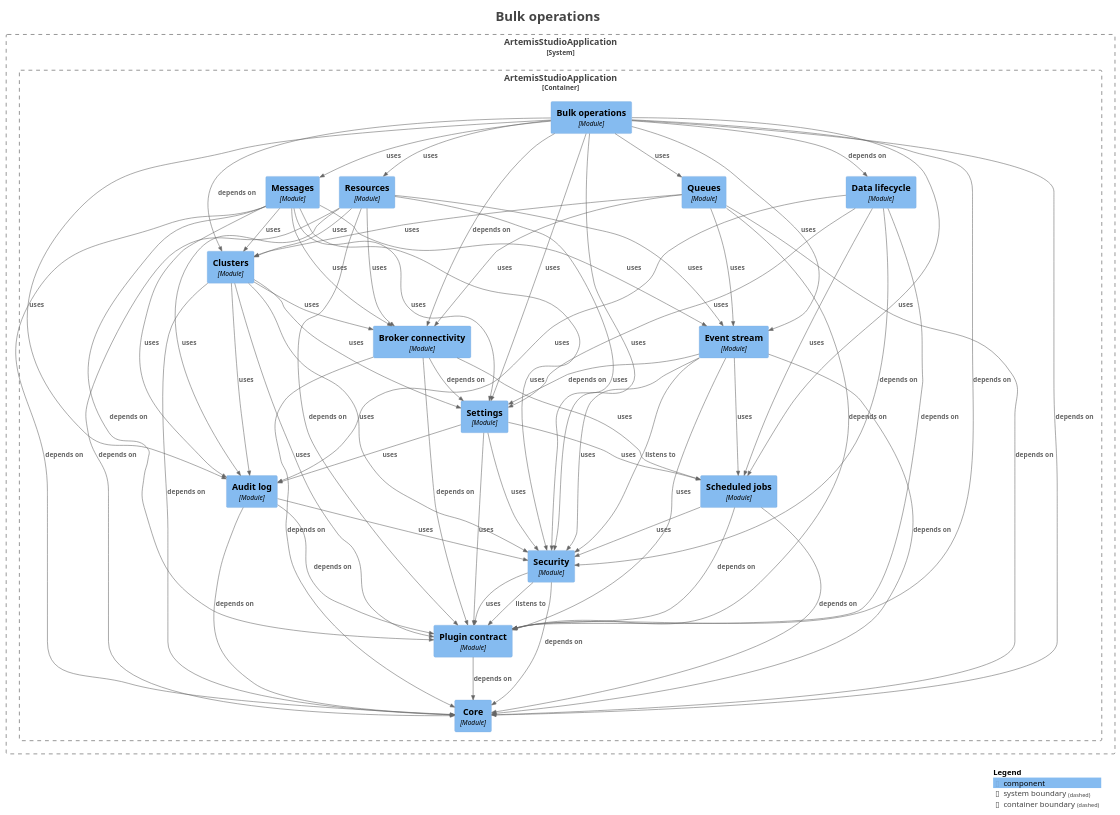
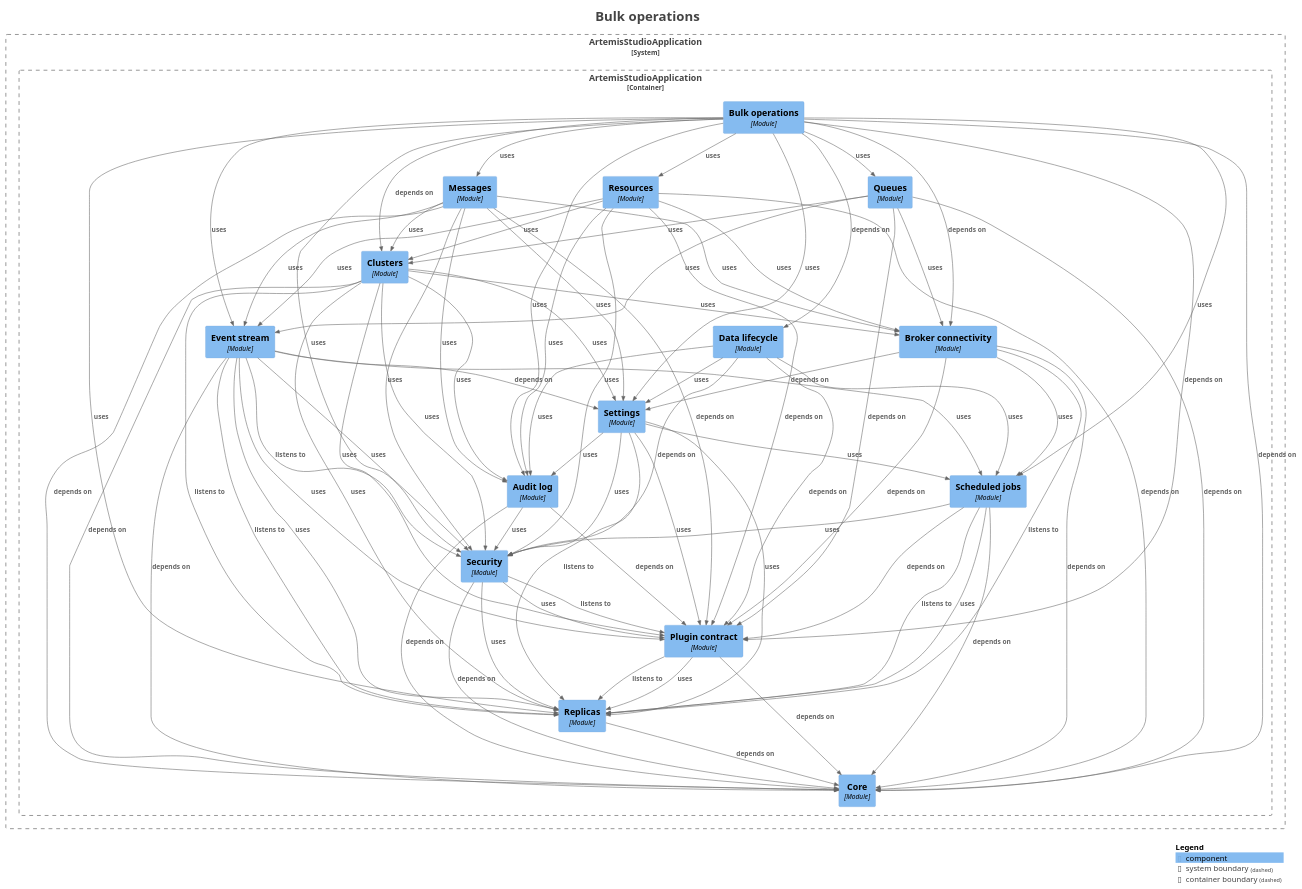
The diagram in docs/modules/module-feature.bulk.puml (sudoitir/artemis-studio), drawn with PlantUML before and after one commit. The commit also changed 50 other files, not shown here.

```diff
--- a/docs/modules/module-feature.bulk.puml
+++ b/docs/modules/module-feature.bulk.puml
@@ -17,6 +17,7 @@
 
 System_Boundary("ArtemisStudioApplication_boundary", "ArtemisStudioApplication", $tags="") {
   Container_Boundary("ArtemisStudioApplication.ArtemisStudioApplication_boundary", "ArtemisStudioApplication", $tags="") {
+    Component(ArtemisStudioApplication.ArtemisStudioApplication.Settings, "Settings", $techn="Module", $descr="", $tags="", $link="")
     Component(ArtemisStudioApplication.ArtemisStudioApplication.Datalifecycle, "Data lifecycle", $techn="Module", $descr="", $tags="", $link="")
     Component(ArtemisStudioApplication.ArtemisStudioApplication.Eventstream, "Event stream", $techn="Module", $descr="", $tags="", $link="")
     Component(ArtemisStudioApplication.ArtemisStudioApplication.Brokerconnectivity, "Broker connectivity", $techn="Module", $descr="", $tags="", $link="")
@@ -26,11 +27,11 @@
     Component(ArtemisStudioApplication.ArtemisStudioApplication.Resources, "Resources", $techn="Module", $descr="", $tags="", $link="")
     Component(ArtemisStudioApplication.ArtemisStudioApplication.Bulkoperations, "Bulk operations", $techn="Module", $descr="", $tags="", $link="")
     Component(ArtemisStudioApplication.ArtemisStudioApplication.Core, "Core", $techn="Module", $descr="", $tags="", $link="")
+    Component(ArtemisStudioApplication.ArtemisStudioApplication.Replicas, "Replicas", $techn="Module", $descr="", $tags="", $link="")
     Component(ArtemisStudioApplication.ArtemisStudioApplication.Plugincontract, "Plugin contract", $techn="Module", $descr="", $tags="", $link="")
     Component(ArtemisStudioApplication.ArtemisStudioApplication.Security, "Security", $techn="Module", $descr="", $tags="", $link="")
     Component(ArtemisStudioApplication.ArtemisStudioApplication.Auditlog, "Audit log", $techn="Module", $descr="", $tags="", $link="")
     Component(ArtemisStudioApplication.ArtemisStudioApplication.Scheduledjobs, "Scheduled jobs", $techn="Module", $descr="", $tags="", $link="")
-    Component(ArtemisStudioApplication.ArtemisStudioApplication.Settings, "Settings", $techn="Module", $descr="", $tags="", $link="")
   }
 
 }
@@ -40,6 +41,7 @@
 Rel(ArtemisStudioApplication.ArtemisStudioApplication.Auditlog, ArtemisStudioApplication.ArtemisStudioApplication.Security, "uses", $techn="", $tags="", $link="")
 Rel(ArtemisStudioApplication.ArtemisStudioApplication.Brokerconnectivity, ArtemisStudioApplication.ArtemisStudioApplication.Core, "depends on", $techn="", $tags="", $link="")
 Rel(ArtemisStudioApplication.ArtemisStudioApplication.Brokerconnectivity, ArtemisStudioApplication.ArtemisStudioApplication.Plugincontract, "depends on", $techn="", $tags="", $link="")
+Rel(ArtemisStudioApplication.ArtemisStudioApplication.Brokerconnectivity, ArtemisStudioApplication.ArtemisStudioApplication.Replicas, "listens to", $techn="", $tags="", $link="")
 Rel(ArtemisStudioApplication.ArtemisStudioApplication.Brokerconnectivity, ArtemisStudioApplication.ArtemisStudioApplication.Scheduledjobs, "uses", $techn="", $tags="", $link="")
 Rel(ArtemisStudioApplication.ArtemisStudioApplication.Brokerconnectivity, ArtemisStudioApplication.ArtemisStudioApplication.Settings, "depends on", $techn="", $tags="", $link="")
 Rel(ArtemisStudioApplication.ArtemisStudioApplication.Bulkoperations, ArtemisStudioApplication.ArtemisStudioApplication.Auditlog, "uses", $techn="", $tags="", $link="")
@@ -51,6 +53,7 @@
 Rel(ArtemisStudioApplication.ArtemisStudioApplication.Bulkoperations, ArtemisStudioApplication.ArtemisStudioApplication.Messages, "uses", $techn="", $tags="", $link="")
 Rel(ArtemisStudioApplication.ArtemisStudioApplication.Bulkoperations, ArtemisStudioApplication.ArtemisStudioApplication.Plugincontract, "depends on", $techn="", $tags="", $link="")
 Rel(ArtemisStudioApplication.ArtemisStudioApplication.Bulkoperations, ArtemisStudioApplication.ArtemisStudioApplication.Queues, "uses", $techn="", $tags="", $link="")
+Rel(ArtemisStudioApplication.ArtemisStudioApplication.Bulkoperations, ArtemisStudioApplication.ArtemisStudioApplication.Replicas, "uses", $techn="", $tags="", $link="")
 Rel(ArtemisStudioApplication.ArtemisStudioApplication.Bulkoperations, ArtemisStudioApplication.ArtemisStudioApplication.Resources, "uses", $techn="", $tags="", $link="")
 Rel(ArtemisStudioApplication.ArtemisStudioApplication.Bulkoperations, ArtemisStudioApplication.ArtemisStudioApplication.Scheduledjobs, "uses", $techn="", $tags="", $link="")
 Rel(ArtemisStudioApplication.ArtemisStudioApplication.Bulkoperations, ArtemisStudioApplication.ArtemisStudioApplication.Security, "uses", $techn="", $tags="", $link="")
@@ -59,6 +62,8 @@
 Rel(ArtemisStudioApplication.ArtemisStudioApplication.Clusters, ArtemisStudioApplication.ArtemisStudioApplication.Brokerconnectivity, "uses", $techn="", $tags="", $link="")
 Rel(ArtemisStudioApplication.ArtemisStudioApplication.Clusters, ArtemisStudioApplication.ArtemisStudioApplication.Core, "depends on", $techn="", $tags="", $link="")
 Rel(ArtemisStudioApplication.ArtemisStudioApplication.Clusters, ArtemisStudioApplication.ArtemisStudioApplication.Plugincontract, "uses", $techn="", $tags="", $link="")
+Rel(ArtemisStudioApplication.ArtemisStudioApplication.Clusters, ArtemisStudioApplication.ArtemisStudioApplication.Replicas, "listens to", $techn="", $tags="", $link="")
+Rel(ArtemisStudioApplication.ArtemisStudioApplication.Clusters, ArtemisStudioApplication.ArtemisStudioApplication.Replicas, "uses", $techn="", $tags="", $link="")
 Rel(ArtemisStudioApplication.ArtemisStudioApplication.Clusters, ArtemisStudioApplication.ArtemisStudioApplication.Security, "uses", $techn="", $tags="", $link="")
 Rel(ArtemisStudioApplication.ArtemisStudioApplication.Clusters, ArtemisStudioApplication.ArtemisStudioApplication.Settings, "uses", $techn="", $tags="", $link="")
 Rel(ArtemisStudioApplication.ArtemisStudioApplication.Datalifecycle, ArtemisStudioApplication.ArtemisStudioApplication.Auditlog, "uses", $techn="", $tags="", $link="")
@@ -68,6 +73,8 @@
 Rel(ArtemisStudioApplication.ArtemisStudioApplication.Datalifecycle, ArtemisStudioApplication.ArtemisStudioApplication.Settings, "uses", $techn="", $tags="", $link="")
 Rel(ArtemisStudioApplication.ArtemisStudioApplication.Eventstream, ArtemisStudioApplication.ArtemisStudioApplication.Core, "depends on", $techn="", $tags="", $link="")
 Rel(ArtemisStudioApplication.ArtemisStudioApplication.Eventstream, ArtemisStudioApplication.ArtemisStudioApplication.Plugincontract, "uses", $techn="", $tags="", $link="")
+Rel(ArtemisStudioApplication.ArtemisStudioApplication.Eventstream, ArtemisStudioApplication.ArtemisStudioApplication.Replicas, "listens to", $techn="", $tags="", $link="")
+Rel(ArtemisStudioApplication.ArtemisStudioApplication.Eventstream, ArtemisStudioApplication.ArtemisStudioApplication.Replicas, "uses", $techn="", $tags="", $link="")
 Rel(ArtemisStudioApplication.ArtemisStudioApplication.Eventstream, ArtemisStudioApplication.ArtemisStudioApplication.Scheduledjobs, "uses", $techn="", $tags="", $link="")
 Rel(ArtemisStudioApplication.ArtemisStudioApplication.Eventstream, ArtemisStudioApplication.ArtemisStudioApplication.Security, "listens to", $techn="", $tags="", $link="")
 Rel(ArtemisStudioApplication.ArtemisStudioApplication.Eventstream, ArtemisStudioApplication.ArtemisStudioApplication.Security, "uses", $techn="", $tags="", $link="")
@@ -81,11 +88,14 @@
 Rel(ArtemisStudioApplication.ArtemisStudioApplication.Messages, ArtemisStudioApplication.ArtemisStudioApplication.Security, "uses", $techn="", $tags="", $link="")
 Rel(ArtemisStudioApplication.ArtemisStudioApplication.Messages, ArtemisStudioApplication.ArtemisStudioApplication.Settings, "uses", $techn="", $tags="", $link="")
 Rel(ArtemisStudioApplication.ArtemisStudioApplication.Plugincontract, ArtemisStudioApplication.ArtemisStudioApplication.Core, "depends on", $techn="", $tags="", $link="")
+Rel(ArtemisStudioApplication.ArtemisStudioApplication.Plugincontract, ArtemisStudioApplication.ArtemisStudioApplication.Replicas, "listens to", $techn="", $tags="", $link="")
+Rel(ArtemisStudioApplication.ArtemisStudioApplication.Plugincontract, ArtemisStudioApplication.ArtemisStudioApplication.Replicas, "uses", $techn="", $tags="", $link="")
 Rel(ArtemisStudioApplication.ArtemisStudioApplication.Queues, ArtemisStudioApplication.ArtemisStudioApplication.Brokerconnectivity, "uses", $techn="", $tags="", $link="")
 Rel(ArtemisStudioApplication.ArtemisStudioApplication.Queues, ArtemisStudioApplication.ArtemisStudioApplication.Clusters, "uses", $techn="", $tags="", $link="")
 Rel(ArtemisStudioApplication.ArtemisStudioApplication.Queues, ArtemisStudioApplication.ArtemisStudioApplication.Core, "depends on", $techn="", $tags="", $link="")
 Rel(ArtemisStudioApplication.ArtemisStudioApplication.Queues, ArtemisStudioApplication.ArtemisStudioApplication.Eventstream, "uses", $techn="", $tags="", $link="")
 Rel(ArtemisStudioApplication.ArtemisStudioApplication.Queues, ArtemisStudioApplication.ArtemisStudioApplication.Plugincontract, "depends on", $techn="", $tags="", $link="")
+Rel(ArtemisStudioApplication.ArtemisStudioApplication.Replicas, ArtemisStudioApplication.ArtemisStudioApplication.Core, "depends on", $techn="", $tags="", $link="")
 Rel(ArtemisStudioApplication.ArtemisStudioApplication.Resources, ArtemisStudioApplication.ArtemisStudioApplication.Auditlog, "uses", $techn="", $tags="", $link="")
 Rel(ArtemisStudioApplication.ArtemisStudioApplication.Resources, ArtemisStudioApplication.ArtemisStudioApplication.Brokerconnectivity, "uses", $techn="", $tags="", $link="")
 Rel(ArtemisStudioApplication.ArtemisStudioApplication.Resources, ArtemisStudioApplication.ArtemisStudioApplication.Clusters, "uses", $techn="", $tags="", $link="")
@@ -95,12 +105,17 @@
 Rel(ArtemisStudioApplication.ArtemisStudioApplication.Resources, ArtemisStudioApplication.ArtemisStudioApplication.Security, "uses", $techn="", $tags="", $link="")
 Rel(ArtemisStudioApplication.ArtemisStudioApplication.Scheduledjobs, ArtemisStudioApplication.ArtemisStudioApplication.Core, "depends on", $techn="", $tags="", $link="")
 Rel(ArtemisStudioApplication.ArtemisStudioApplication.Scheduledjobs, ArtemisStudioApplication.ArtemisStudioApplication.Plugincontract, "depends on", $techn="", $tags="", $link="")
+Rel(ArtemisStudioApplication.ArtemisStudioApplication.Scheduledjobs, ArtemisStudioApplication.ArtemisStudioApplication.Replicas, "listens to", $techn="", $tags="", $link="")
+Rel(ArtemisStudioApplication.ArtemisStudioApplication.Scheduledjobs, ArtemisStudioApplication.ArtemisStudioApplication.Replicas, "uses", $techn="", $tags="", $link="")
 Rel(ArtemisStudioApplication.ArtemisStudioApplication.Scheduledjobs, ArtemisStudioApplication.ArtemisStudioApplication.Security, "uses", $techn="", $tags="", $link="")
 Rel(ArtemisStudioApplication.ArtemisStudioApplication.Security, ArtemisStudioApplication.ArtemisStudioApplication.Core, "depends on", $techn="", $tags="", $link="")
 Rel(ArtemisStudioApplication.ArtemisStudioApplication.Security, ArtemisStudioApplication.ArtemisStudioApplication.Plugincontract, "listens to", $techn="", $tags="", $link="")
 Rel(ArtemisStudioApplication.ArtemisStudioApplication.Security, ArtemisStudioApplication.ArtemisStudioApplication.Plugincontract, "uses", $techn="", $tags="", $link="")
+Rel(ArtemisStudioApplication.ArtemisStudioApplication.Security, ArtemisStudioApplication.ArtemisStudioApplication.Replicas, "uses", $techn="", $tags="", $link="")
 Rel(ArtemisStudioApplication.ArtemisStudioApplication.Settings, ArtemisStudioApplication.ArtemisStudioApplication.Auditlog, "uses", $techn="", $tags="", $link="")
 Rel(ArtemisStudioApplication.ArtemisStudioApplication.Settings, ArtemisStudioApplication.ArtemisStudioApplication.Plugincontract, "uses", $techn="", $tags="", $link="")
+Rel(ArtemisStudioApplication.ArtemisStudioApplication.Settings, ArtemisStudioApplication.ArtemisStudioApplication.Replicas, "listens to", $techn="", $tags="", $link="")
+Rel(ArtemisStudioApplication.ArtemisStudioApplication.Settings, ArtemisStudioApplication.ArtemisStudioApplication.Replicas, "uses", $techn="", $tags="", $link="")
 Rel(ArtemisStudioApplication.ArtemisStudioApplication.Settings, ArtemisStudioApplication.ArtemisStudioApplication.Scheduledjobs, "uses", $techn="", $tags="", $link="")
 Rel(ArtemisStudioApplication.ArtemisStudioApplication.Settings, ArtemisStudioApplication.ArtemisStudioApplication.Security, "uses", $techn="", $tags="", $link="")
 
```
